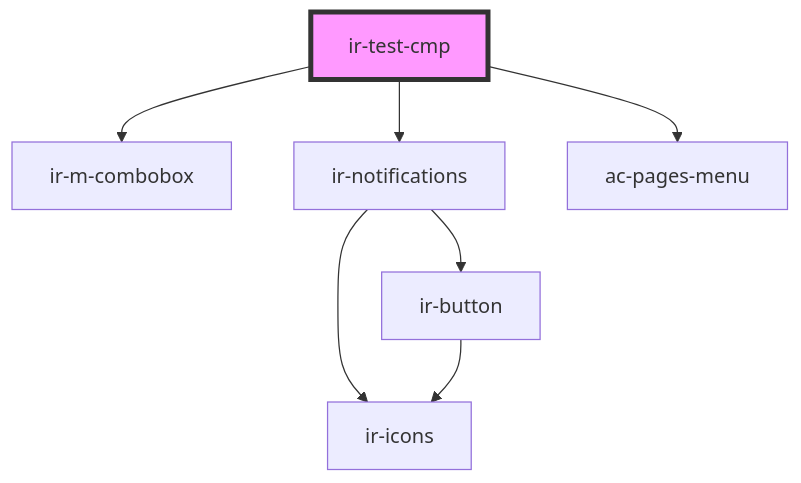
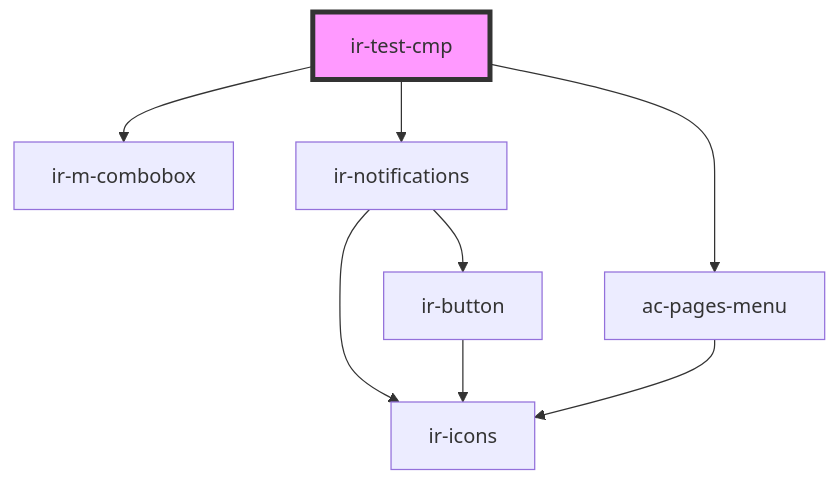
Before and after one commit to RonyRizk/ir-webcmp: the diagram in src/components/ir-test-cmp/readme.md, drawn with Mermaid. The commit also changed 29 other files, not shown here.

````diff
--- a/src/components/ir-test-cmp/readme.md
+++ b/src/components/ir-test-cmp/readme.md
@@ -17,10 +17,11 @@
 ```mermaid
 graph TD;
   ir-test-cmp --> ir-m-combobox
   ir-test-cmp --> ir-notifications
   ir-test-cmp --> ac-pages-menu
   ir-notifications --> ir-button
   ir-notifications --> ir-icons
   ir-button --> ir-icons
+  ac-pages-menu --> ir-icons
   style ir-test-cmp fill:#f9f,stroke:#333,stroke-width:4px
 ```
````
